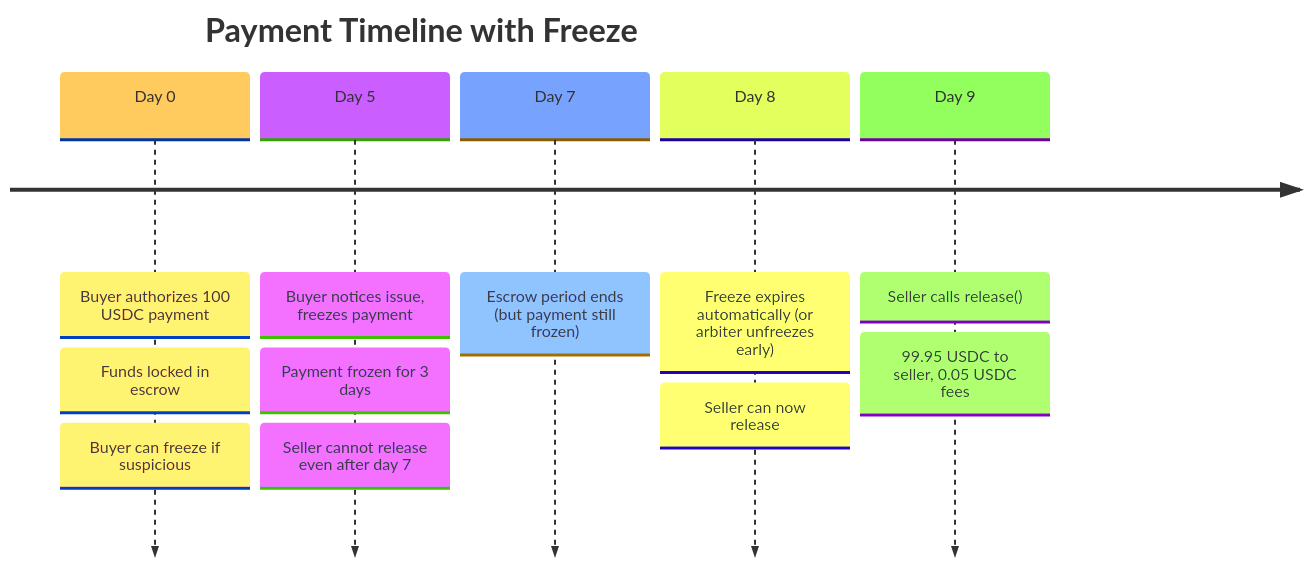
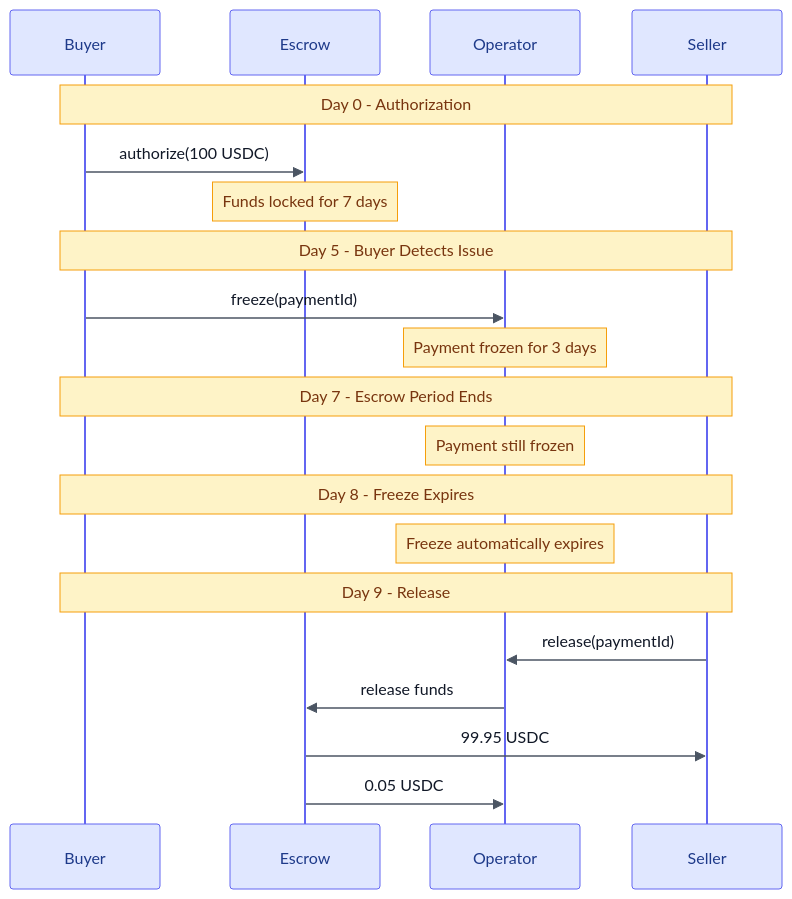
The first of 8 diagrams in contracts/examples.mdx (BackTrackCo/docs), drawn with Mermaid before and after one commit. The commit also changed other lines of this file and 13 other files, not shown here.

First line of the commit message:
Apply professional theming to all Mermaid diagrams and convert key diagrams to D2

````diff
--- a/contracts/examples.mdx
+++ b/contracts/examples.mdx
@@ -81,16 +81,28 @@
 ```mermaid
-%%{init: {'theme':'base', 'themeVariables': { 'fontSize':'16px'}}}%%
-timeline
-    title Payment Timeline with Freeze
-    Day 0 : Buyer authorizes 100 USDC payment
-          : Funds locked in escrow
-          : Buyer can freeze if suspicious
-    Day 5 : Buyer notices issue, freezes payment
-          : Payment frozen for 3 days
-          : Seller cannot release even after day 7
-    Day 7 : Escrow period ends (but payment still frozen)
-    Day 8 : Freeze expires automatically (or arbiter unfreezes early)
-          : Seller can now release
-    Day 9 : Seller calls release()
-          : 99.95 USDC to seller, 0.05 USDC fees
+%%{init: {'theme':'base', 'themeVariables': {'primaryColor':'#f3f4f6','primaryTextColor':'#1f2937','primaryBorderColor':'#9ca3af','lineColor':'#6b7280','secondaryColor':'#e5e7eb','tertiaryColor':'#fafafa','noteBkgColor':'#fef3c7','noteTextColor':'#78350f','noteBorderColor':'#f59e0b','actorBkg':'#e0e7ff','actorBorder':'#6366f1','actorTextColor':'#1e3a8a','signalColor':'#4b5563','signalTextColor':'#111827','labelBoxBkgColor':'#dbeafe','labelBoxBorderColor':'#3b82f6','labelTextColor':'#1e40af','loopTextColor':'#1f2937','activationBkgColor':'#c7d2fe','activationBorderColor':'#6366f1','sequenceNumberColor':'#f9fafb','fontFamily':'ui-sans-serif, system-ui, sans-serif'}}}%%
+sequenceDiagram
+    participant Buyer
+    participant Escrow
+    participant Operator
+    participant Seller
+
+    Note over Buyer,Seller: Day 0 - Authorization
+    Buyer->>Escrow: authorize(100 USDC)
+    Note over Escrow: Funds locked for 7 days
+
+    Note over Buyer,Seller: Day 5 - Buyer Detects Issue
+    Buyer->>Operator: freeze(paymentId)
+    Note over Operator: Payment frozen for 3 days
+
+    Note over Buyer,Seller: Day 7 - Escrow Period Ends
+    Note over Operator: Payment still frozen
+
+    Note over Buyer,Seller: Day 8 - Freeze Expires
+    Note over Operator: Freeze automatically expires
+
+    Note over Buyer,Seller: Day 9 - Release
+    Seller->>Operator: release(paymentId)
+    Operator->>Escrow: release funds
+    Escrow->>Seller: 99.95 USDC
+    Escrow->>Operator: 0.05 USDC
 ```
````
